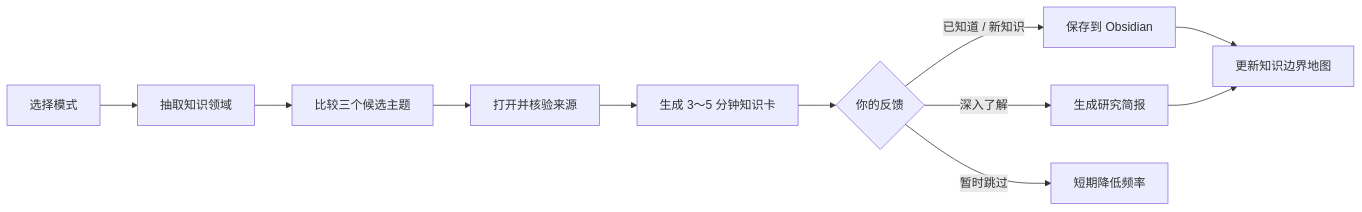
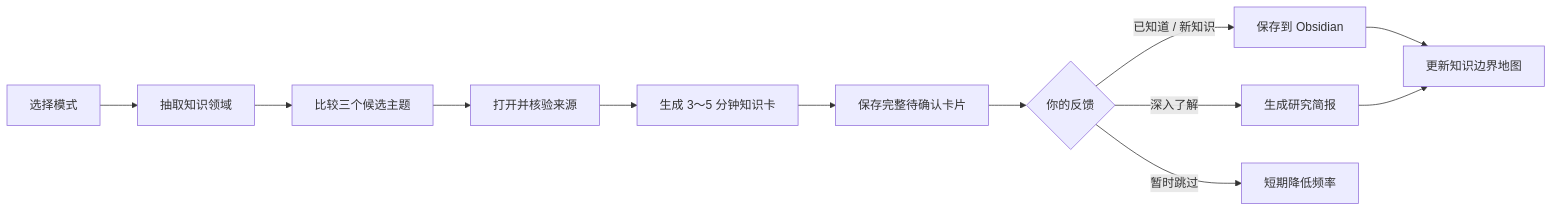
The diagram in README.md (xingxingzhou469-max/boundary-skill), drawn with Mermaid before and after one commit. The commit also changed other lines of this file and 12 other files, not shown here.

````diff
--- a/README.md
+++ b/README.md
@@ -77,13 +77,14 @@
 ```mermaid
 flowchart LR
     A["选择模式"] --> B["抽取知识领域"]
     B --> C["比较三个候选主题"]
     C --> D["打开并核验来源"]
     D --> E["生成 3～5 分钟知识卡"]
-    E --> F{"你的反馈"}
+    E --> P["保存完整待确认卡片"]
+    P --> F{"你的反馈"}
     F -->|"已知道 / 新知识"| G["保存到 Obsidian"]
     F -->|"深入了解"| H["生成研究简报"]
     F -->|"暂时跳过"| I["短期降低频率"]
     G --> J["更新知识边界地图"]
     H --> J
 ```
````
